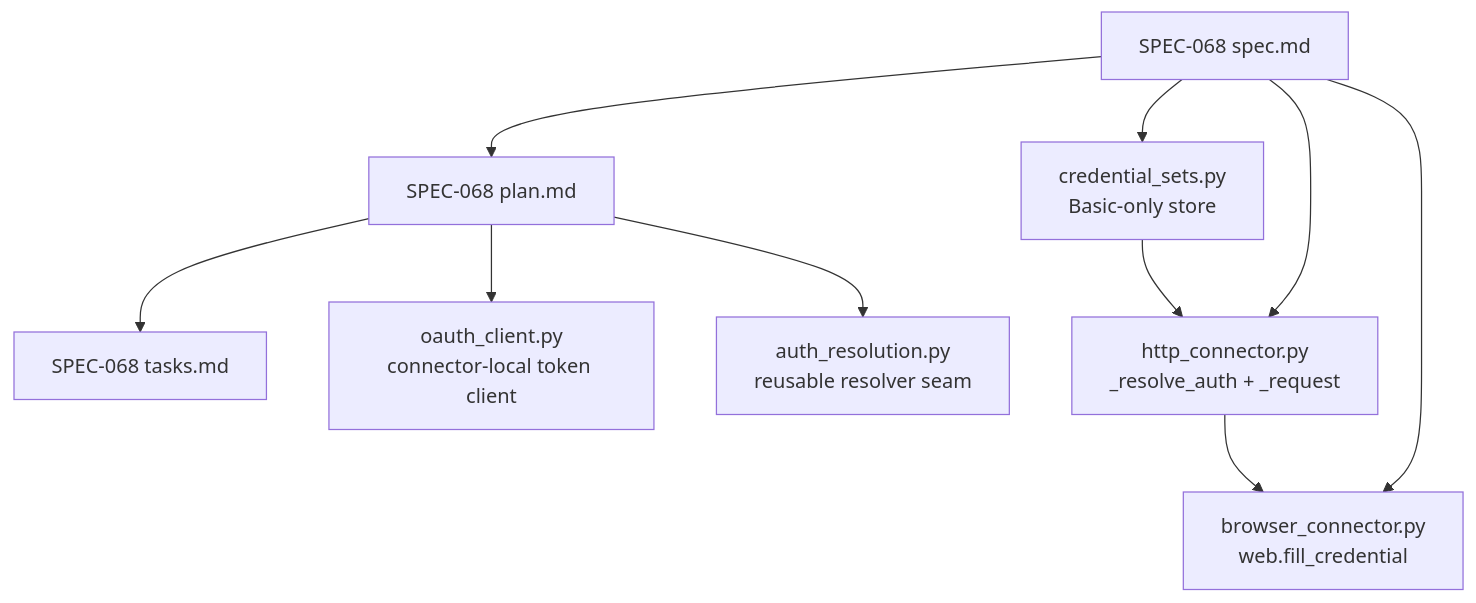
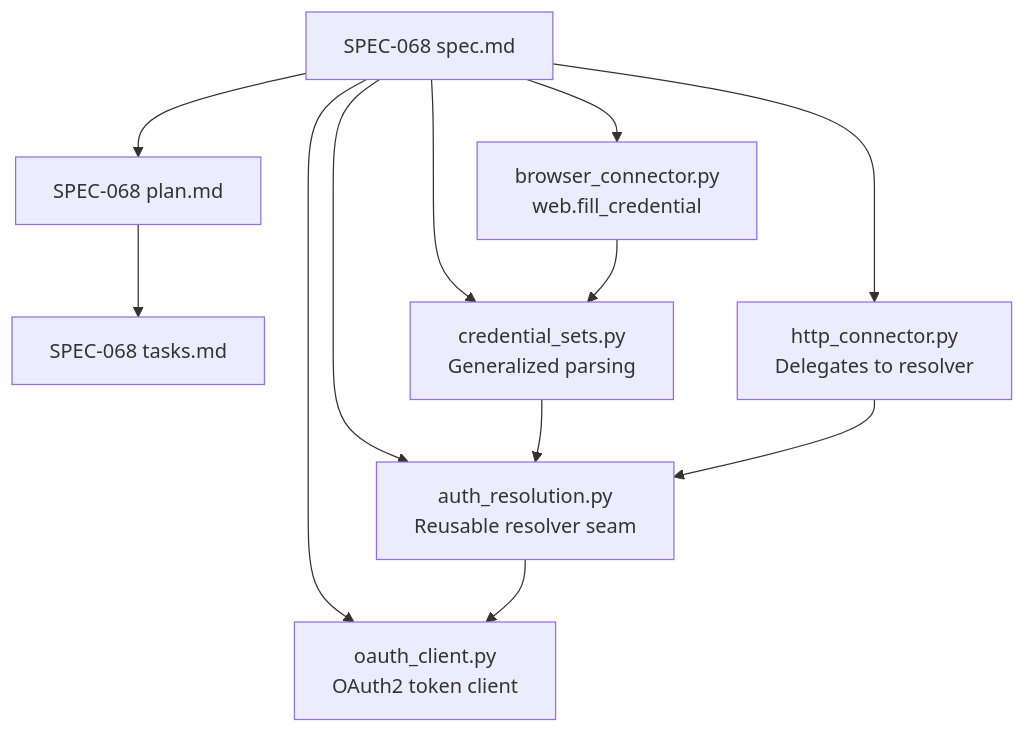
One commit to alainlei/luban-aiops changed the first of 6 diagrams in .qoder/repowiki/en/content/Shared Contracts/SPEC-068_ Outbound Execution-Credential Schemes Substrate.md. Above: the diagram before and after it, drawn with Mermaid. The commit also changed other lines of this file and 93 other files, not shown here.

````diff
--- a/.qoder/repowiki/en/content/Shared Contracts/SPEC-068_ Outbound Execution-Credential Schemes Substrate.md
+++ b/.qoder/repowiki/en/content/Shared Contracts/SPEC-068_ Outbound Execution-Credential Schemes Substrate.md
@@ -50,12 +68,14 @@
 ```mermaid
 graph TB
 Spec["SPEC-068 spec.md"] --> Plan["SPEC-068 plan.md"]
 Plan --> Tasks["SPEC-068 tasks.md"]
-Spec --> CredSets["credential_sets.py<br/>Basic-only store"]
-Spec --> HttpConn["http_connector.py<br/>_resolve_auth + _request"]
+Spec --> CredSets["credential_sets.py<br/>Generalized parsing"]
+Spec --> OauthClient["oauth_client.py<br/>OAuth2 token client"]
+Spec --> AuthRes["auth_resolution.py<br/>Reusable resolver seam"]
+Spec --> HttpConn["http_connector.py<br/>Delegates to resolver"]
 Spec --> BrowserConn["browser_connector.py<br/>web.fill_credential"]
-Plan --> OauthClient["oauth_client.py<br/>connector-local token client"]
-Plan --> AuthRes["auth_resolution.py<br/>reusable resolver seam"]
-CredSets --> HttpConn
-HttpConn --> BrowserConn
+CredSets --> AuthRes
+AuthRes --> OauthClient
+HttpConn --> AuthRes
+BrowserConn --> CredSets
 ```
````
